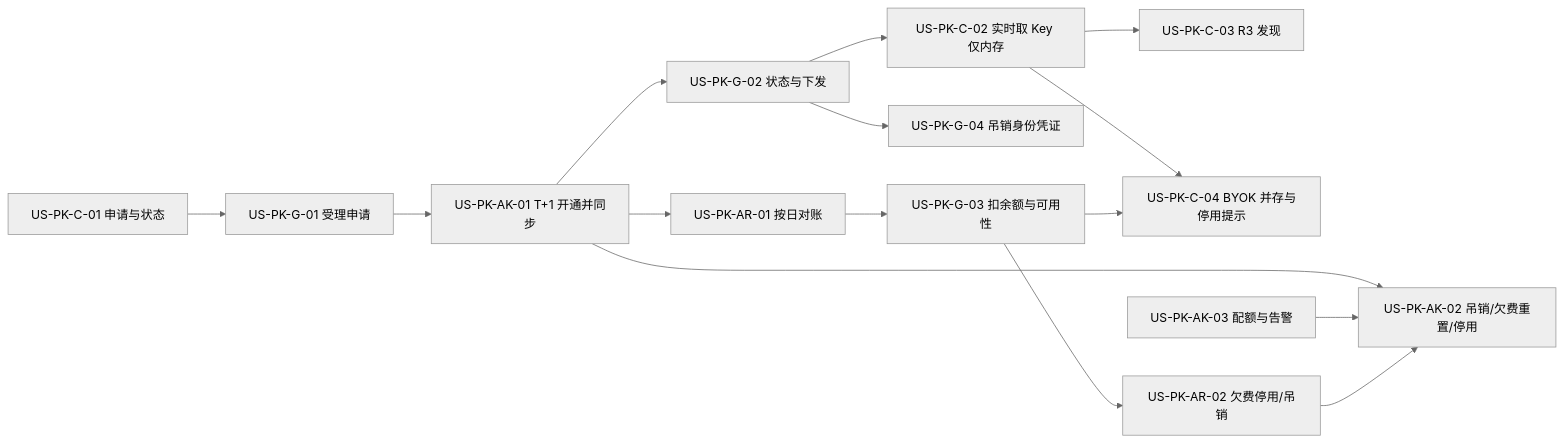
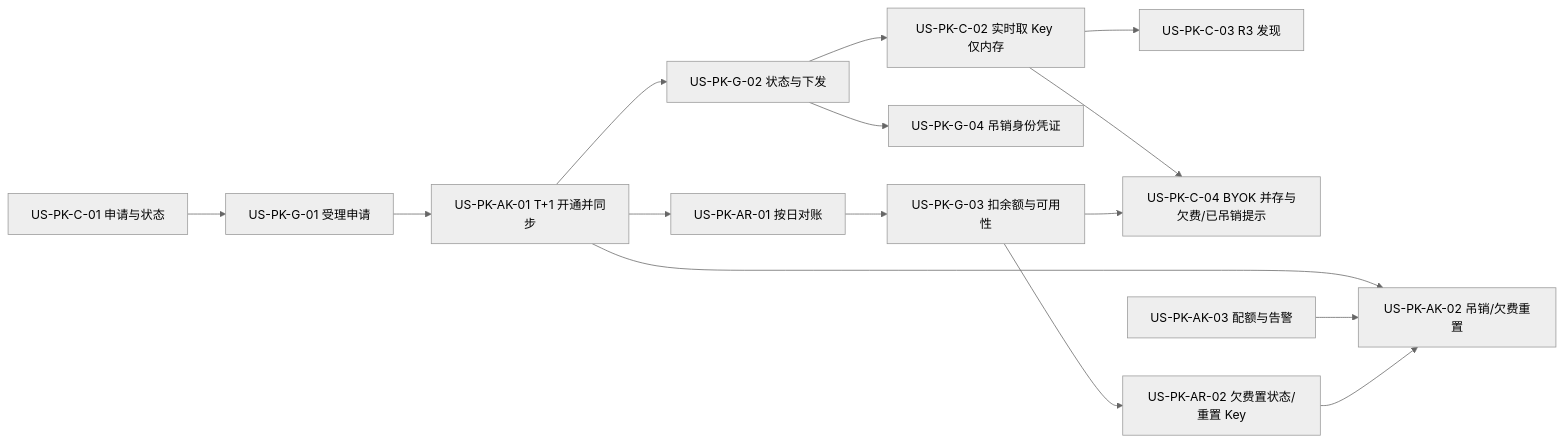
One commit to Pedro-MAFS/ftcs changed the second of 2 diagrams in docs/30-需求-Places官方通道按用户下发APIKey.md. Above: the diagram before and after it, drawn with Mermaid (neutral theme). The commit also changed other lines of this file, not shown here.

````diff
--- a/docs/30-需求-Places官方通道按用户下发APIKey.md
+++ b/docs/30-需求-Places官方通道按用户下发APIKey.md
@@ -393,17 +393,17 @@
 ```mermaid
 flowchart LR
   G01[US-PK-G-01 受理申请] --> AK01[US-PK-AK-01 T+1 开通并同步]
   C01[US-PK-C-01 申请与状态] --> G01
   AK01 --> G02[US-PK-G-02 状态与下发]
   G02 --> C02[US-PK-C-02 实时取 Key 仅内存]
   G02 --> G04[US-PK-G-04 吊销身份凭证]
   C02 --> C03[US-PK-C-03 R3 发现]
-  C02 --> C04[US-PK-C-04 BYOK 并存与停用提示]
-  AK01 --> AK02[US-PK-AK-02 吊销/欠费重置/停用]
+  C02 --> C04[US-PK-C-04 BYOK 并存与欠费/已吊销提示]
+  AK01 --> AK02[US-PK-AK-02 吊销/欠费重置]
   AK03[US-PK-AK-03 配额与告警] --> AK02
   AK01 --> AR01[US-PK-AR-01 按日对账]
   AR01 --> G03[US-PK-G-03 扣余额与可用性]
-  G03 --> AR02[US-PK-AR-02 欠费停用/吊销]
+  G03 --> AR02[US-PK-AR-02 欠费置状态/重置 Key]
   AR02 --> AK02
   G03 --> C04
 ```
````
